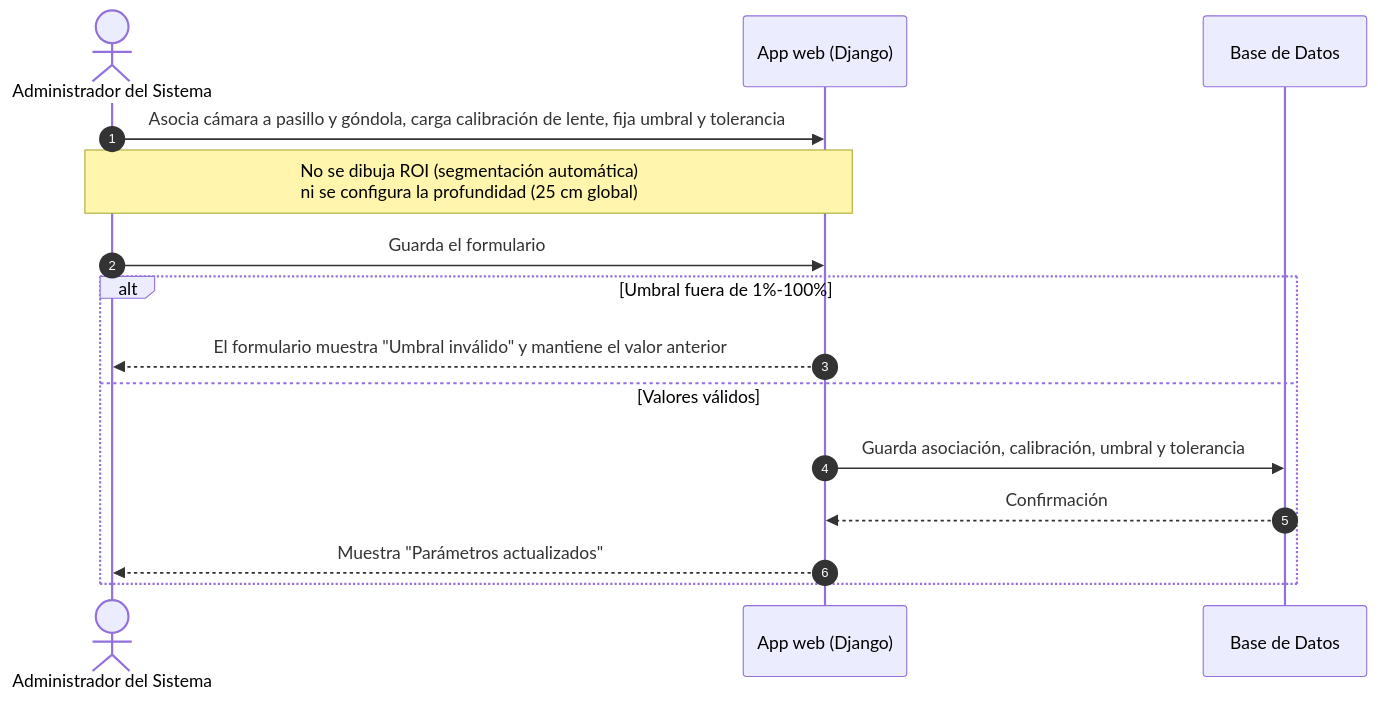
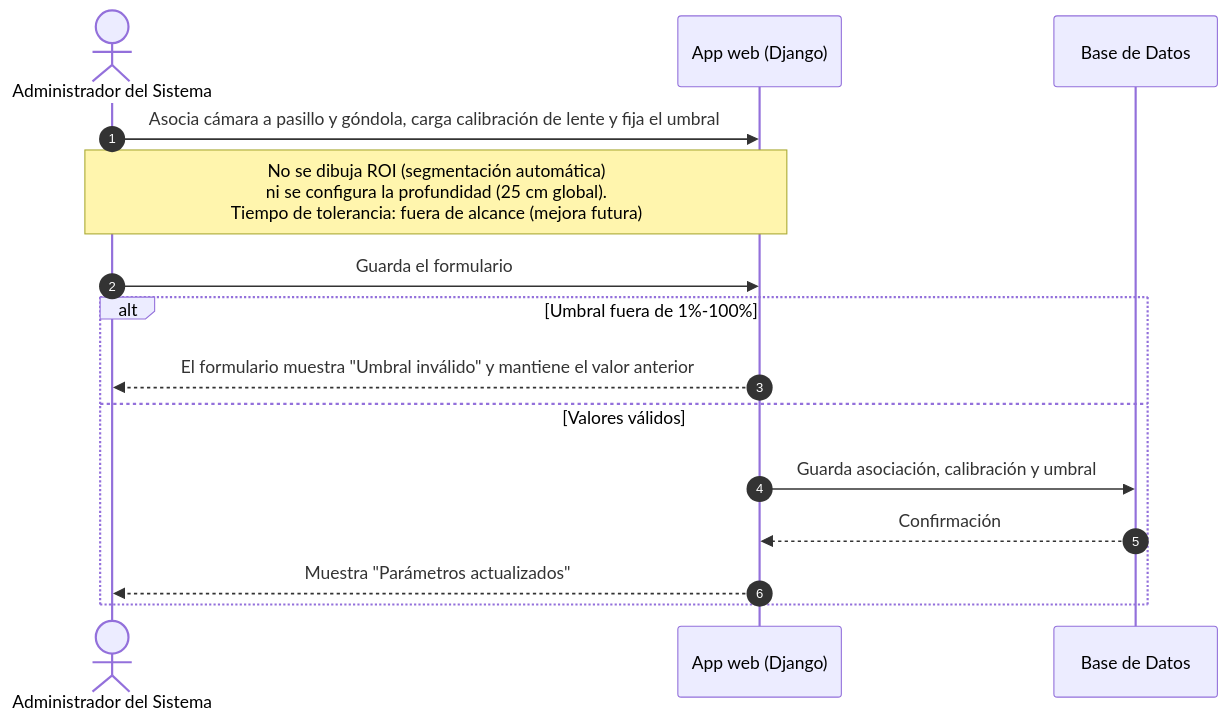
One commit to marcianabun/capstone changed the diagram in Fase 2/Evidencias Proyecto/Evidencias de documentación/Diseño/Diagramas fuente (Mermaid)/Diagrama C.U 05.mmd. Above: the diagram before and after it, drawn with Mermaid. The commit also changed 11 other files, not shown here.

First line of the commit message:
docs: deja el push del CU02 y el tiempo de tolerancia del CU05 fuera de alcance (#88)

```diff
--- a/Fase 2/Evidencias Proyecto/Evidencias de documentación/Diseño/Diagramas fuente (Mermaid)/Diagrama C.U 05.mmd
+++ b/Fase 2/Evidencias Proyecto/Evidencias de documentación/Diseño/Diagramas fuente (Mermaid)/Diagrama C.U 05.mmd
@@ -1,15 +1,15 @@
 sequenceDiagram
     autonumber
     actor Adm as Administrador del Sistema
     participant Web as App web (Django)
     participant BD as Base de Datos
-    Adm->>Web: Asocia cámara a pasillo y góndola, carga calibración de lente, fija umbral y tolerancia
-    Note over Adm,Web: No se dibuja ROI (segmentación automática)<br/>ni se configura la profundidad (25 cm global)
+    Adm->>Web: Asocia cámara a pasillo y góndola, carga calibración de lente y fija el umbral
+    Note over Adm,Web: No se dibuja ROI (segmentación automática)<br/>ni se configura la profundidad (25 cm global).<br/>Tiempo de tolerancia: fuera de alcance (mejora futura)
     Adm->>Web: Guarda el formulario
     alt Umbral fuera de 1%-100%
         Web-->>Adm: El formulario muestra "Umbral inválido" y mantiene el valor anterior
     else Valores válidos
-        Web->>BD: Guarda asociación, calibración, umbral y tolerancia
+        Web->>BD: Guarda asociación, calibración y umbral
         BD-->>Web: Confirmación
         Web-->>Adm: Muestra "Parámetros actualizados"
     end
```
